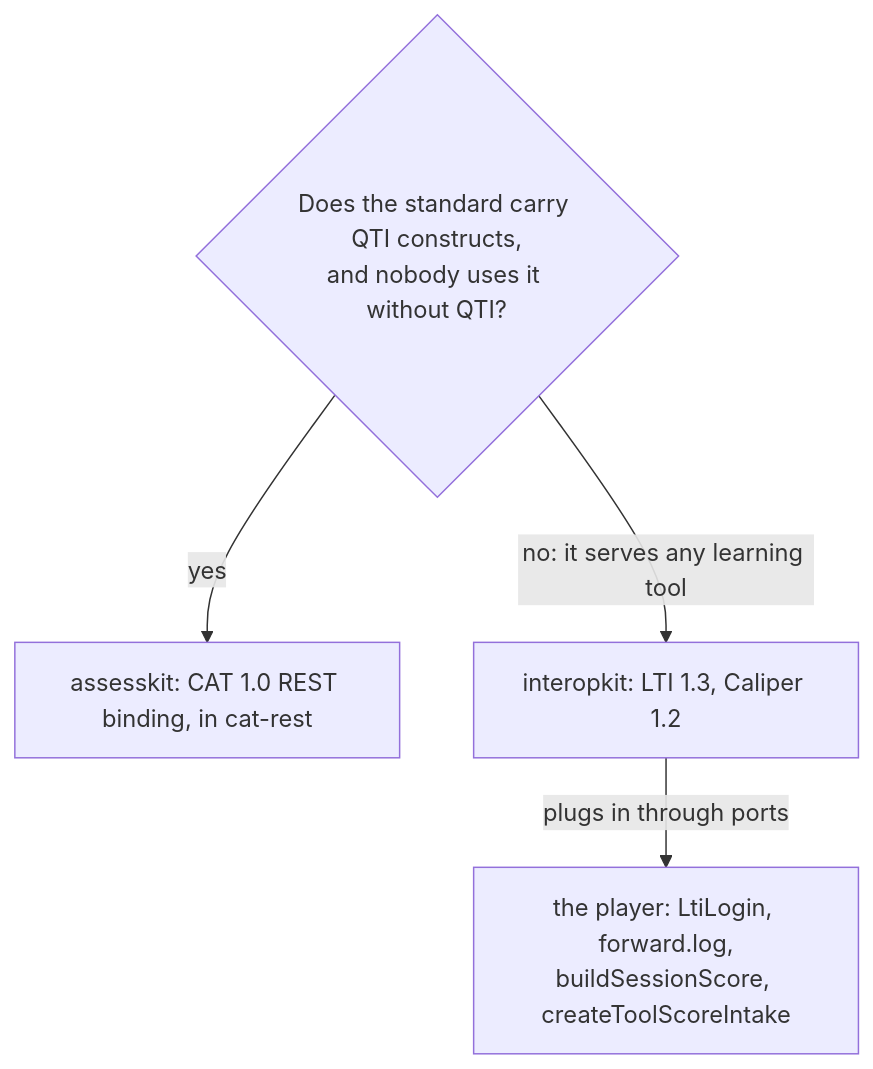
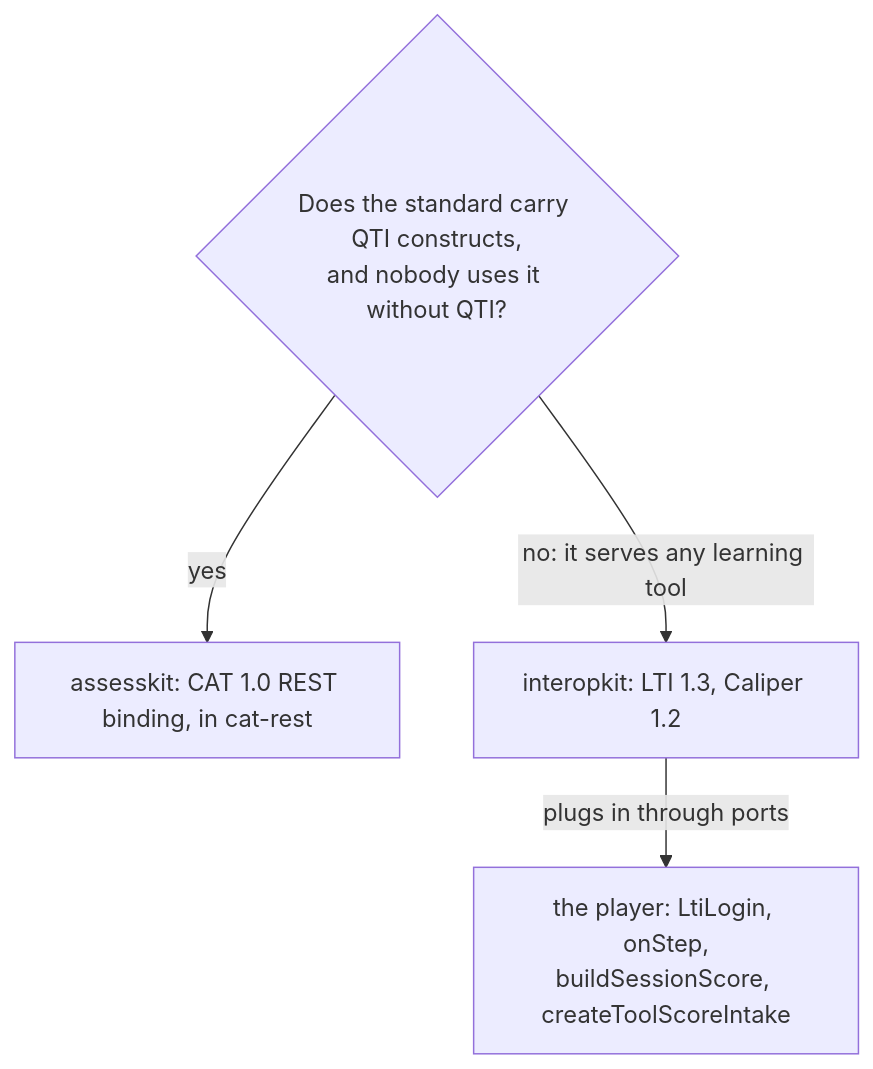
One commit to assesskit/assesskit changed the second of 7 diagrams in docs/player/cat.md. Above: the diagram before and after it, drawn with Mermaid. The commit also changed 19 other files, not shown here.

````diff
--- a/docs/player/cat.md
+++ b/docs/player/cat.md
@@ -95,7 +95,7 @@
 ```mermaid
 flowchart TD
   q{"Does the standard carry QTI constructs,<br/>and nobody uses it without QTI?"}
   q -->|yes| a["assesskit: CAT 1.0 REST binding, in cat-rest"]
   q -->|"no: it serves any learning tool"| i["interopkit: LTI 1.3, Caliper 1.2"]
-  i -->|"plugs in through ports"| p["the player: LtiLogin, forward.log,<br/>buildSessionScore, createToolScoreIntake"]
+  i -->|"plugs in through ports"| p["the player: LtiLogin, onStep,<br/>buildSessionScore, createToolScoreIntake"]
 ```
````
